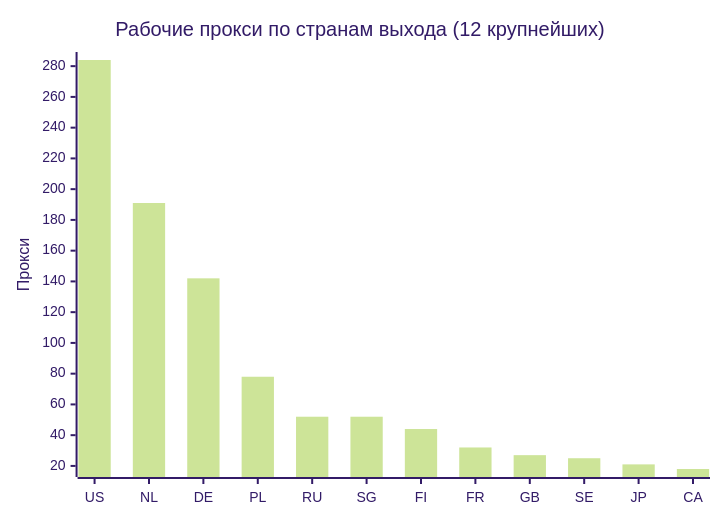
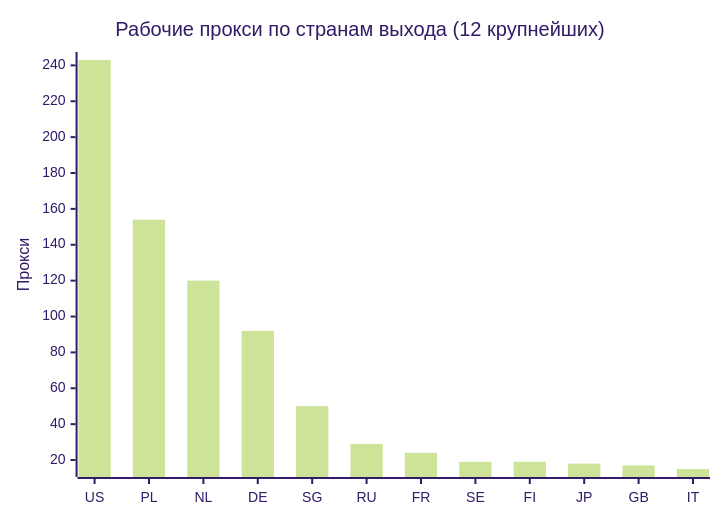
Before and after one commit to rvvg/proxy-subs: the second of 4 diagrams in README.md, drawn with Mermaid (forest theme). The commit also changed other lines of this file and 50 other files, not shown here.

````diff
--- a/README.md
+++ b/README.md
@@ -130,7 +127,7 @@
 ```mermaid
 xychart-beta
     title "Рабочие прокси по странам выхода (12 крупнейших)"
-    x-axis ["US", "NL", "DE", "PL", "RU", "SG", "FI", "FR", "GB", "SE", "JP", "CA"]
+    x-axis ["US", "PL", "NL", "DE", "SG", "RU", "FR", "SE", "FI", "JP", "GB", "IT"]
     y-axis "Прокси"
-    bar [284, 191, 142, 78, 52, 52, 44, 32, 27, 25, 21, 18]
+    bar [243, 154, 120, 92, 50, 29, 24, 19, 19, 18, 17, 15]
 ```
````
